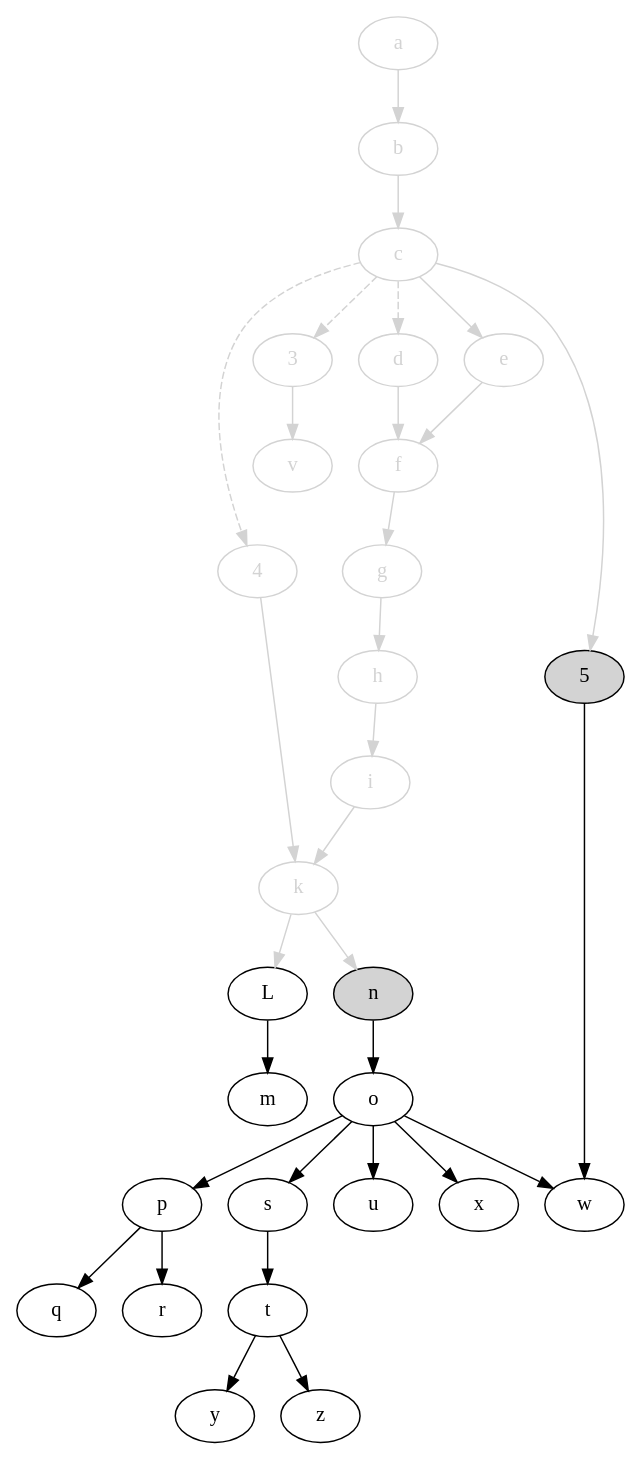
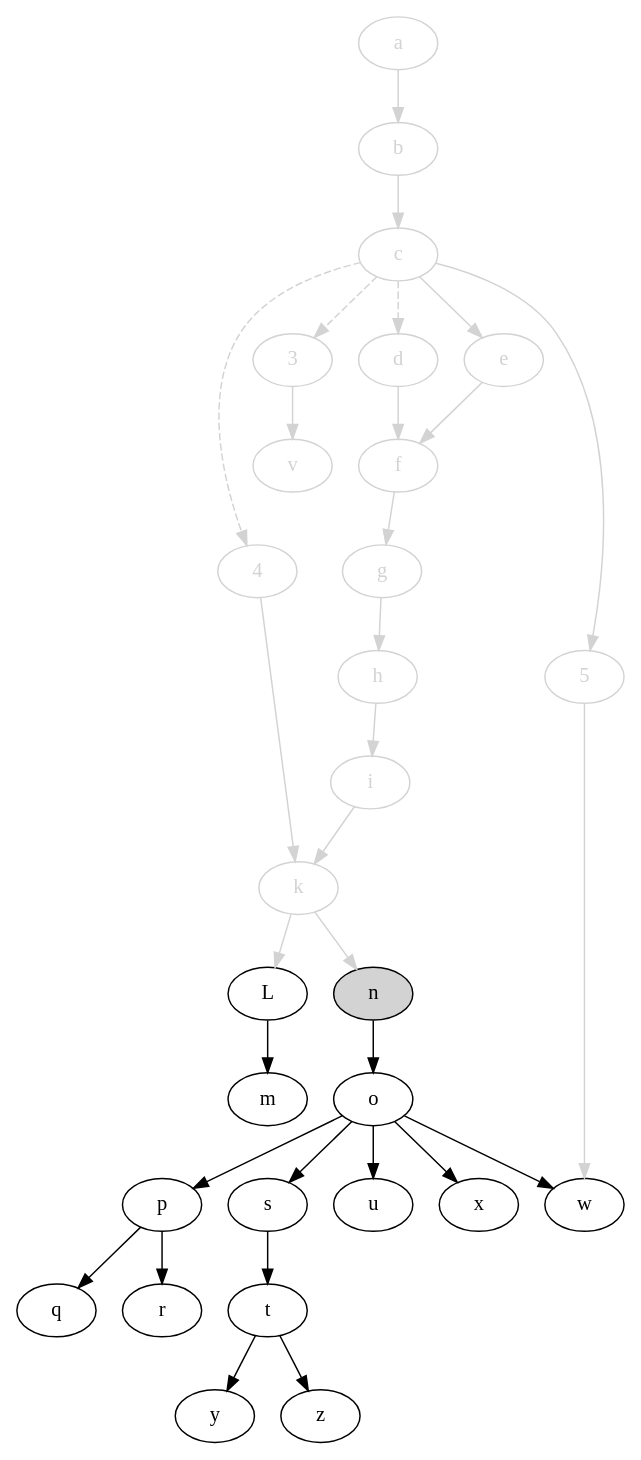
One commit to jdmpapin/svm-startup-deps changed the diagram in svm-startup-deps.dot. Above: the diagram before and after it, drawn with Graphviz. The commit also changed 1 other file, not shown here.

```diff
--- a/svm-startup-deps.dot
+++ b/svm-startup-deps.dot
@@ -1,61 +1,61 @@
 digraph {
     4 [color=lightgrey,fontcolor=lightgrey];
     3 [color=lightgrey,fontcolor=lightgrey];
     a [color=lightgrey,fontcolor=lightgrey];
     b [color=lightgrey,fontcolor=lightgrey];
     c [color=lightgrey,fontcolor=lightgrey];
     d [color=lightgrey,fontcolor=lightgrey];
     e [color=lightgrey,fontcolor=lightgrey];
     f [color=lightgrey,fontcolor=lightgrey];
     g [color=lightgrey,fontcolor=lightgrey];
     h [color=lightgrey,fontcolor=lightgrey];
     i [color=lightgrey,fontcolor=lightgrey];
     k [color=lightgrey,fontcolor=lightgrey];
     L;
     m;
-    5 [style=filled,fillcolor=lightgrey];
+    5 [color=lightgrey,fontcolor=lightgrey];
     n [style=filled,fillcolor=lightgrey];
     o;
     p;
     q;
     r;
     s;
     t;
     u;
     v [color=lightgrey,fontcolor=lightgrey];
     w;
     x;
     y;
     z;
 
     4 -> k [color=lightgrey];
     c -> 4 [style=dashed,color=lightgrey];
     c -> 3 [style=dashed,color=lightgrey];
     c -> d [style=dashed,color=lightgrey];
     3 -> v [color=lightgrey];
     a -> b [color=lightgrey];
     b -> c [color=lightgrey];
     c -> e [color=lightgrey];
     c -> 5 [color=lightgrey];
     d -> f [color=lightgrey];
     e -> f [color=lightgrey];
     f -> g [color=lightgrey];
     g -> h [color=lightgrey];
     h -> i [color=lightgrey];
     i -> k [color=lightgrey];
     k -> L [color=lightgrey];
     L -> m;
     k -> n [color=lightgrey];
     n -> o;
     o -> p;
     p -> q;
     p -> r;
     o -> s;
     s -> t;
     o -> u;
-    5 -> w;
+    5 -> w [color=lightgrey];
     o -> w;
     o -> x;
     t -> y;
     t -> z;
 }
```
